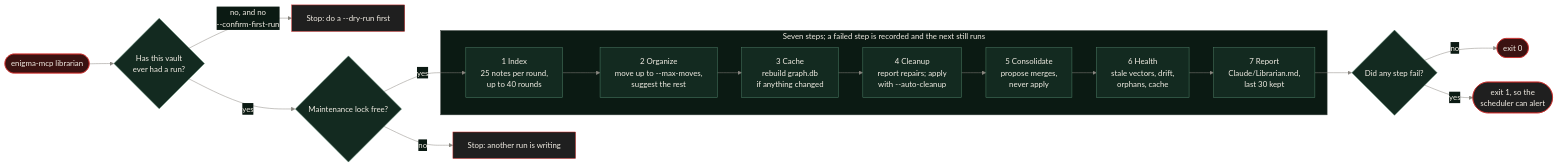
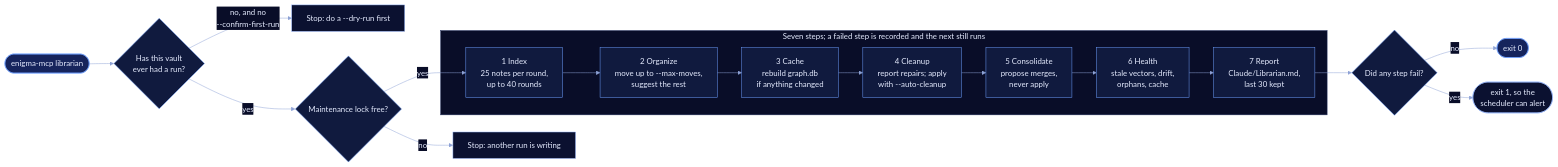
One commit to Rayhanson-Git/enigma changed the third of 3 diagrams in README.md. Above: the diagram before and after it, drawn with Mermaid. The commit also changed other lines of this file and 5 other files, not shown here.

First line of the commit message:
README: centre-out graph time-lapse and a blue colour scheme

````diff
--- a/README.md
+++ b/README.md
@@ -230,29 +230,29 @@
 ```mermaid
-%%{init: {"theme": "base", "themeVariables": {"fontFamily": "-apple-system, Segoe UI, Helvetica, Arial, sans-serif", "primaryColor": "#132A20", "primaryTextColor": "#F2EDE4", "primaryBorderColor": "#4F8068", "lineColor": "#8A8780", "clusterBkg": "#0B1A13", "clusterBorder": "#3B453F", "titleColor": "#F2EDE4", "edgeLabelBackground": "#0B1A13", "tertiaryTextColor": "#F2EDE4"}}}%%
+%%{init: {"theme": "base", "themeVariables": {"fontFamily": "-apple-system, Segoe UI, Helvetica, Arial, sans-serif", "primaryColor": "#101A3E", "primaryTextColor": "#E6ECFF", "primaryBorderColor": "#6FA0FF", "lineColor": "#8FA3D6", "clusterBkg": "#090D28", "clusterBorder": "#25315F", "titleColor": "#E6ECFF", "edgeLabelBackground": "#090D28", "tertiaryTextColor": "#E6ECFF"}}}%%
 flowchart LR
   start(["enigma-mcp librarian"]) --> first{"Has this vault<br/>ever had a run?"}
   first -->|"no, and no<br/>--confirm-first-run"| refuse["Stop: do a --dry-run first"]
   first -->|yes| lk{"Maintenance lock free?"}
   lk -->|no| busy["Stop: another run is writing"]
   lk -->|yes| s1
 
   subgraph steps["Seven steps; a failed step is recorded and the next still runs"]
     s1["1 Index<br/>25 notes per round,<br/>up to 40 rounds"] --> s2["2 Organize<br/>move up to --max-moves,<br/>suggest the rest"]
     s2 --> s3["3 Cache<br/>rebuild graph.db<br/>if anything changed"]
     s3 --> s4["4 Cleanup<br/>report repairs; apply<br/>with --auto-cleanup"]
     s4 --> s5["5 Consolidate<br/>propose merges,<br/>never apply"]
     s5 --> s6["6 Health<br/>stale vectors, drift,<br/>orphans, cache"]
     s6 --> s7["7 Report<br/>Claude/Librarian.md,<br/>last 30 kept"]
   end
 
   s7 --> done{"Did any step fail?"}
   done -->|no| ok(["exit 0"])
   done -->|yes| bad(["exit 1, so the<br/>scheduler can alert"])
 
   class start,ok entry
   class refuse,busy,bad stop
-  classDef outside fill:#1F1F1F,stroke:#8A8780,color:#F2EDE4
-  classDef entry fill:#3A1211,stroke:#C92A28,color:#F2EDE4
-  classDef store fill:#0F2018,stroke:#4F8068,color:#F2EDE4
-  classDef stop fill:#1F1F1F,stroke:#C92A28,color:#F2EDE4
+  classDef outside fill:#0B1130,stroke:#8FA3D6,color:#E6ECFF
+  classDef entry fill:#16245C,stroke:#6FA0FF,color:#E6ECFF
+  classDef store fill:#0B1130,stroke:#5ED0E6,color:#E6ECFF
+  classDef stop fill:#0B1130,stroke:#9DBBFF,color:#E6ECFF
 ```
````
